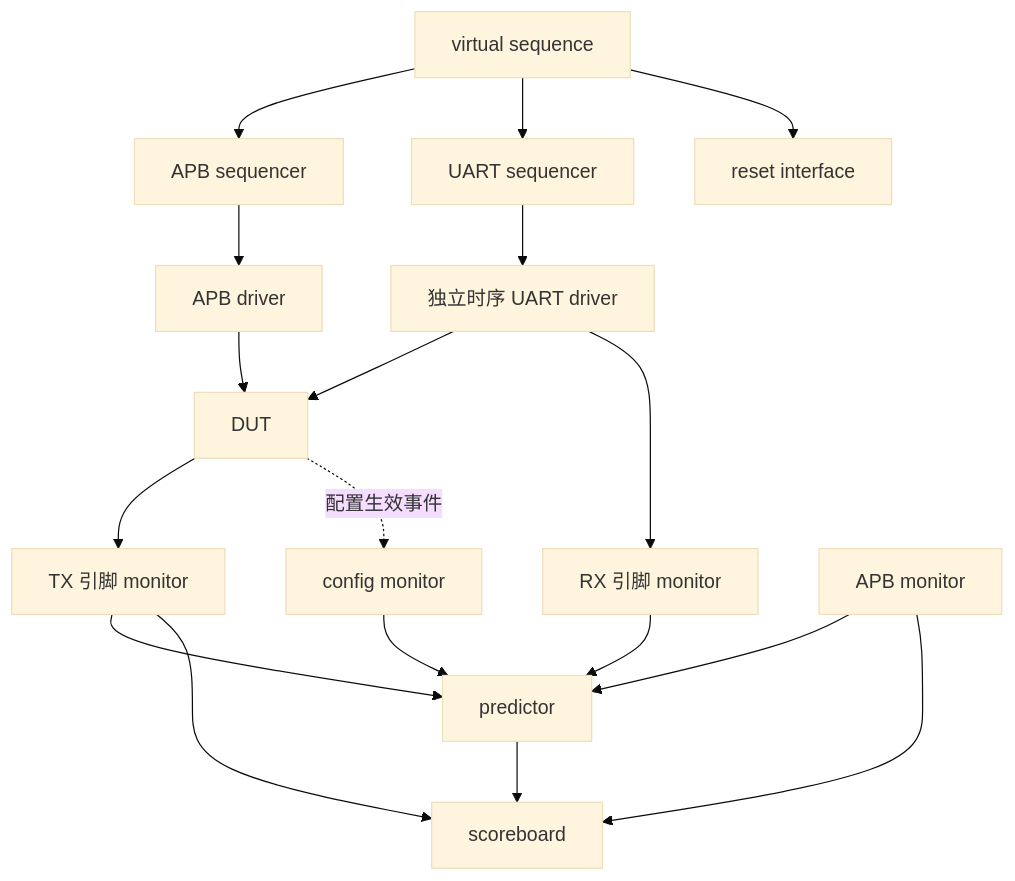
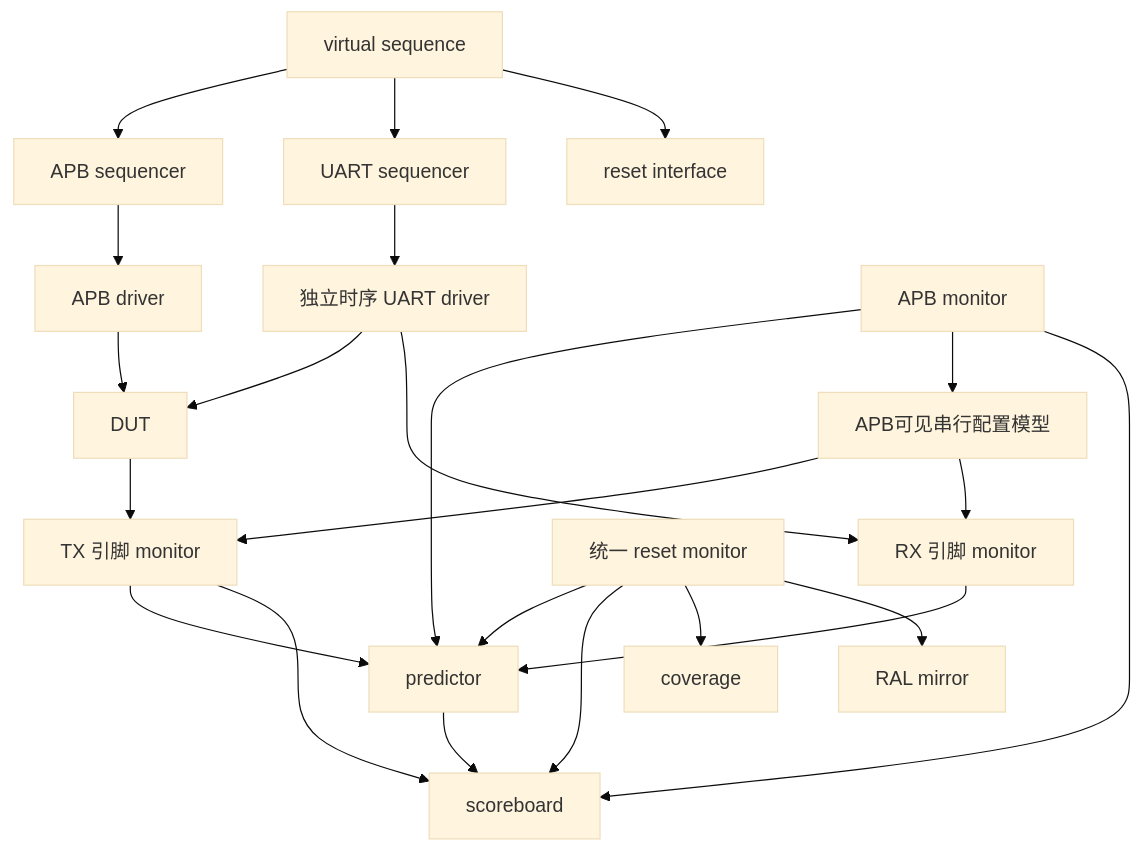
One commit to zlsjtj/apb-uart-fifo-uvm changed the second of 2 diagrams in docs/verification_architecture_closure.md. Above: the diagram before and after it, drawn with Mermaid (base theme). The commit also changed other lines of this file and 59 other files, not shown here.

Commit message:
feat: complete P0-P4 verification architecture closure

````diff
--- a/docs/verification_architecture_closure.md
+++ b/docs/verification_architecture_closure.md
@@ -30,20 +30,25 @@
 ```mermaid
 flowchart TB
   VSEQ[virtual sequence] --> APBS[APB sequencer]
   VSEQ --> UARTS[UART sequencer]
   VSEQ --> RST[reset interface]
   APBS --> APBD[APB driver]
   UARTS --> UARTD[独立时序 UART driver]
   APBD --> DUT[DUT]
   UARTD --> DUT
   DUT --> TXM[TX 引脚 monitor]
   UARTD --> RXM[RX 引脚 monitor]
-  DUT -.配置生效事件.-> CFGM[config monitor]
   APBM[APB monitor] --> PRED[predictor]
   TXM --> PRED
   RXM --> PRED
-  CFGM --> PRED
+  APBM --> CFG[APB可见串行配置模型]
+  CFG --> TXM
+  CFG --> RXM
+  RESET[统一 reset monitor] --> PRED
+  RESET --> SB
+  RESET --> COV[coverage]
+  RESET --> RAL[RAL mirror]
   PRED --> SB[scoreboard]
   TXM --> SB
   APBM --> SB
 ```
````
